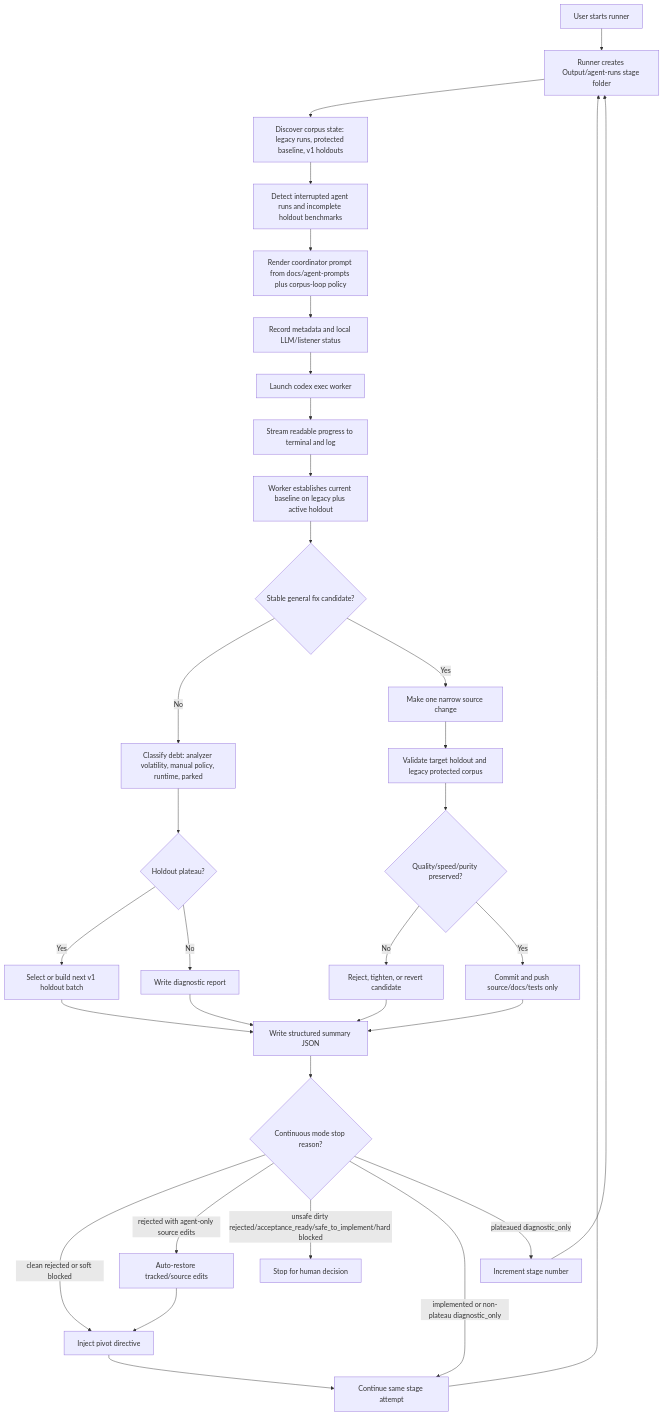
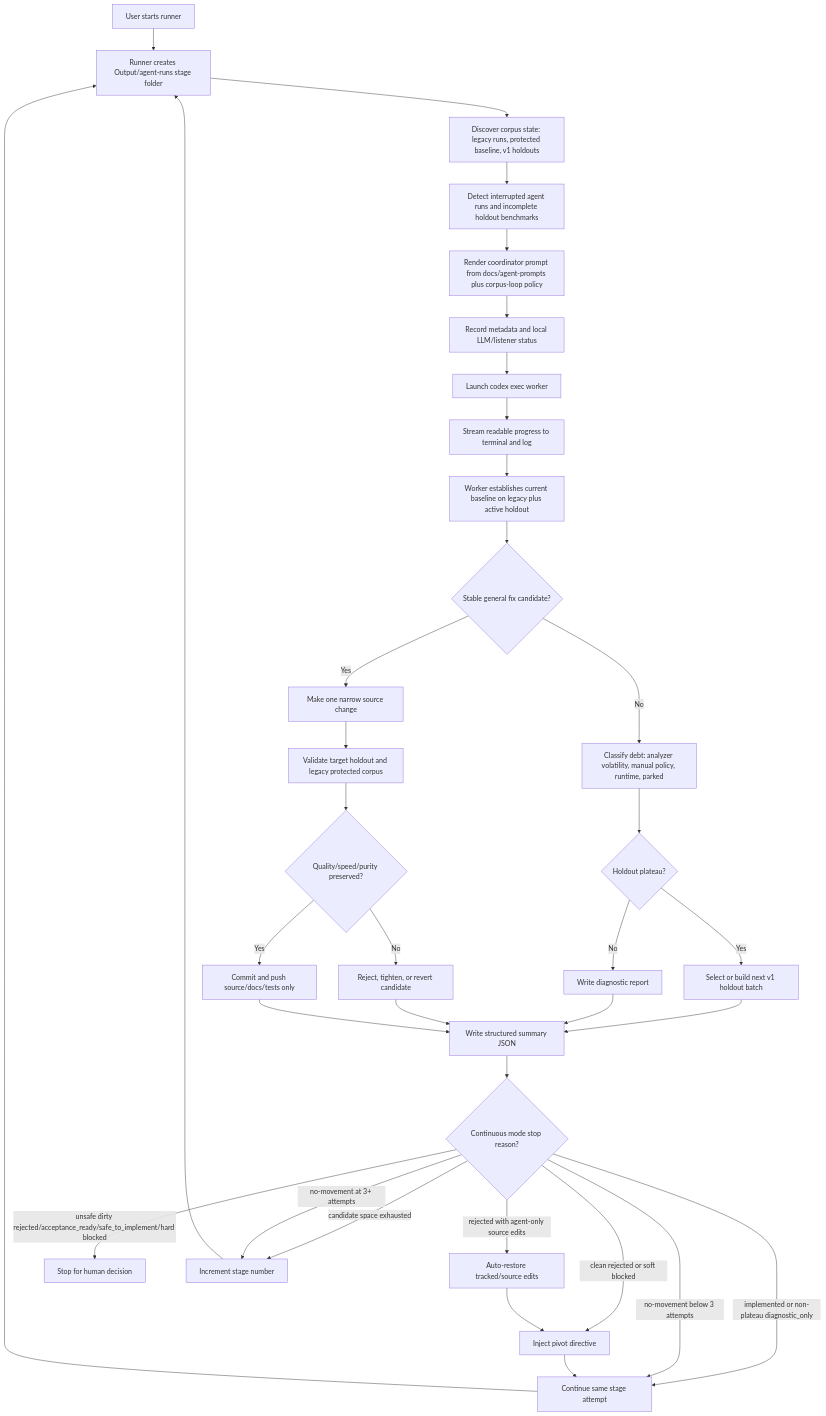
One commit to fourtytwo42/PDFAF_v2 changed the first of 4 diagrams in docs/codex-stage-flow.md. Above: the diagram before and after it, drawn with Mermaid. The commit also changed other lines of this file and 4 other files, not shown here.

````diff
--- a/docs/codex-stage-flow.md
+++ b/docs/codex-stage-flow.md
@@ -3,35 +3,37 @@
 ```mermaid
 flowchart TD
   A[User starts runner] --> B[Runner creates Output/agent-runs stage folder]
   B --> C[Discover corpus state: legacy runs, protected baseline, v1 holdouts]
   C --> C2[Detect interrupted agent runs and incomplete holdout benchmarks]
   C2 --> D[Render coordinator prompt from docs/agent-prompts plus corpus-loop policy]
   D --> E[Record metadata and local LLM/listener status]
   E --> F[Launch codex exec worker]
   F --> G[Stream readable progress to terminal and log]
   G --> H[Worker establishes current baseline on legacy plus active holdout]
   H --> I{Stable general fix candidate?}
   I -- No --> J[Classify debt: analyzer volatility, manual policy, runtime, parked]
   J --> K{Holdout plateau?}
   K -- Yes --> L[Select or build next v1 holdout batch]
   K -- No --> M[Write diagnostic report]
   I -- Yes --> N[Make one narrow source change]
   N --> O[Validate target holdout and legacy protected corpus]
   L --> P[Write structured summary JSON]
   M --> P
   O --> Q{Quality/speed/purity preserved?}
   Q -- No --> R[Reject, tighten, or revert candidate]
   Q -- Yes --> S[Commit and push source/docs/tests only]
   R --> P
   S --> P
   P --> T{Continuous mode stop reason?}
   T -- clean rejected or soft blocked --> W[Inject pivot directive]
   T -- rejected with agent-only source edits --> X[Auto-restore tracked/source edits]
   T -- unsafe dirty rejected/acceptance_ready/safe_to_implement/hard blocked --> U[Stop for human decision]
   T -- implemented or non-plateau diagnostic_only --> Y[Continue same stage attempt]
-  T -- plateaued diagnostic_only --> V[Increment stage number]
+  T -- candidate space exhausted --> V[Increment stage number]
+  T -- no-movement below 3 attempts --> Y
+  T -- no-movement at 3+ attempts --> V
   X --> W
   W --> Y
   Y --> B
   V --> B
 ```
````
